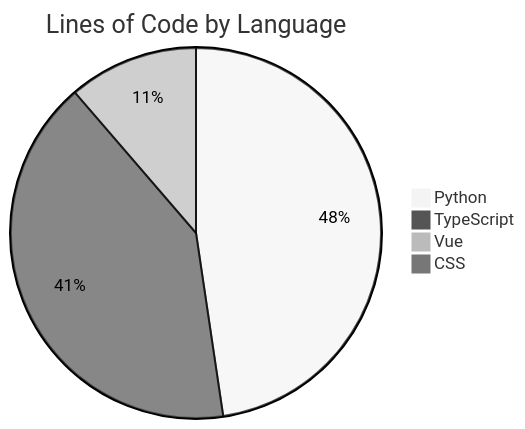
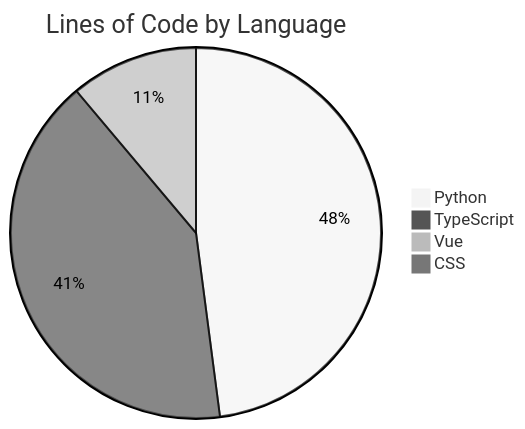
One commit to ISW-stack/AI3L-Community changed the diagram in README.md. Above: the diagram before and after it, drawn with Mermaid (neutral theme). The commit also changed other lines of this file and 1 other file, not shown here.

````diff
--- a/README.md
+++ b/README.md
@@ -368,7 +368,7 @@
 ```mermaid
 pie title Lines of Code by Language
-    "Python" : 98428
-    "TypeScript" : 84752
-    "Vue" : 23375
+    "Python" : 100786
+    "TypeScript" : 86057
+    "Vue" : 23419
     "CSS" : 126
 ```
````
